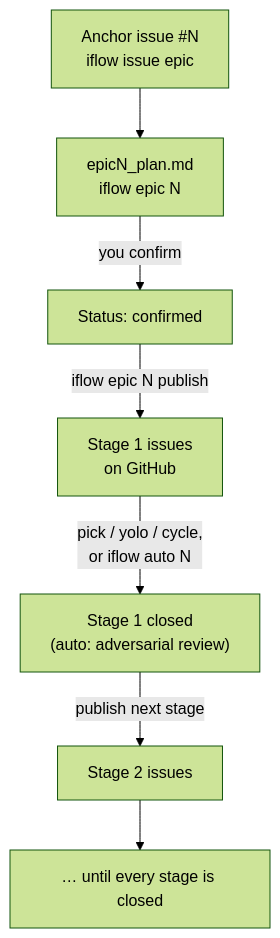
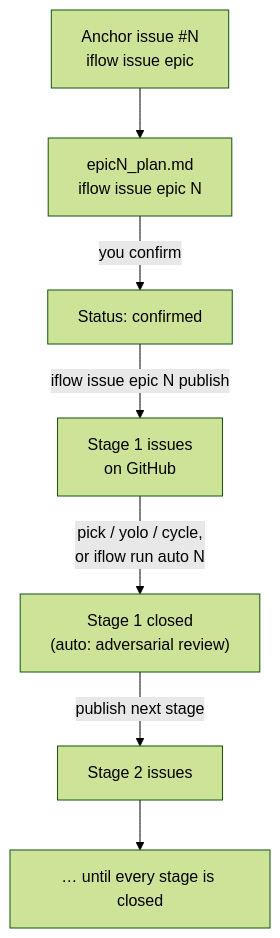
One commit to jepegit/issue-flow changed the diagram in docs/how-to/epics.md. Above: the diagram before and after it, drawn with Mermaid (forest theme). The commit also changed other lines of this file and 287 other files, not shown here.

````diff
--- a/docs/how-to/epics.md
+++ b/docs/how-to/epics.md
@@ -18,9 +18,9 @@
 ```mermaid
 flowchart TD
-    anchor["Anchor issue #N<br/>iflow issue epic"] --> draft["epicN_plan.md<br/>iflow epic N"]
+    anchor["Anchor issue #N<br/>iflow issue epic"] --> draft["epicN_plan.md<br/>iflow issue epic N"]
     draft -->|you confirm| confirmed["Status: confirmed"]
-    confirmed -->|"iflow epic N publish"| s1["Stage 1 issues<br/>on GitHub"]
-    s1 -->|"pick / yolo / cycle,<br/>or iflow auto N"| d1["Stage 1 closed<br/>(auto: adversarial review)"]
+    confirmed -->|"iflow issue epic N publish"| s1["Stage 1 issues<br/>on GitHub"]
+    s1 -->|"pick / yolo / cycle,<br/>or iflow run auto N"| d1["Stage 1 closed<br/>(auto: adversarial review)"]
     d1 -->|publish next stage| s2["Stage 2 issues"]
     s2 --> d2["… until every stage is closed"]
 ```
````
